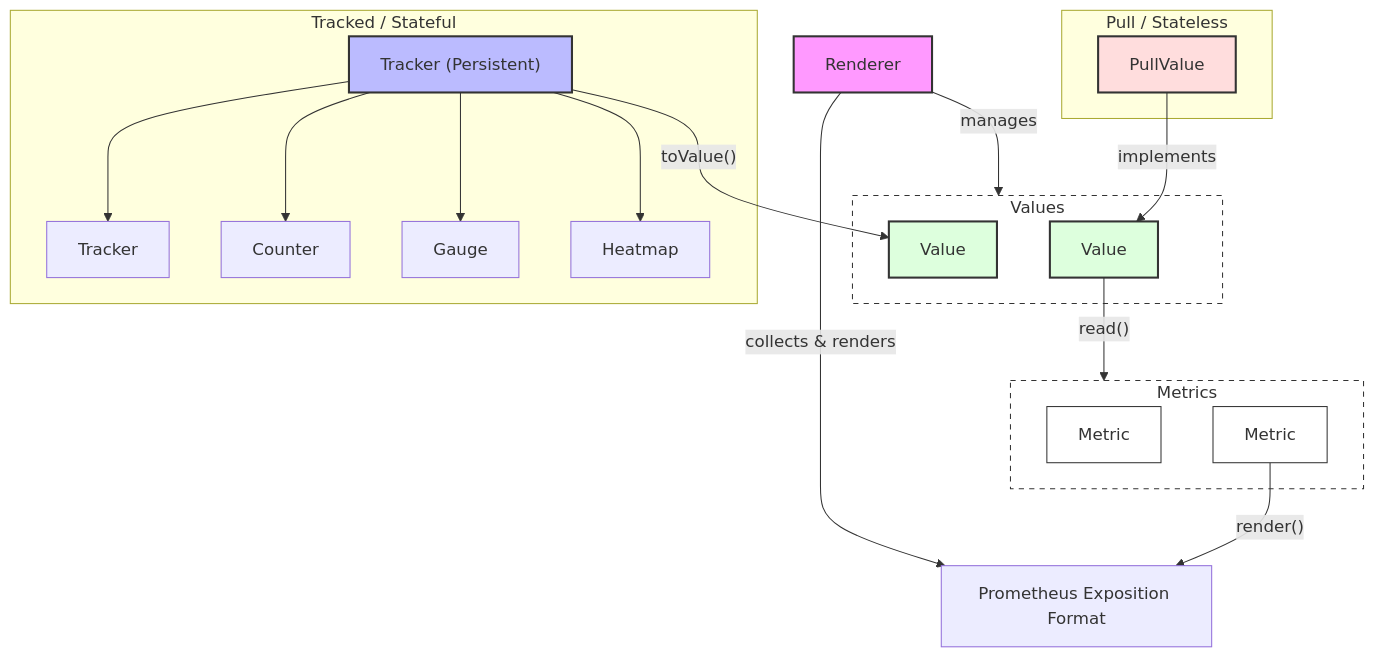
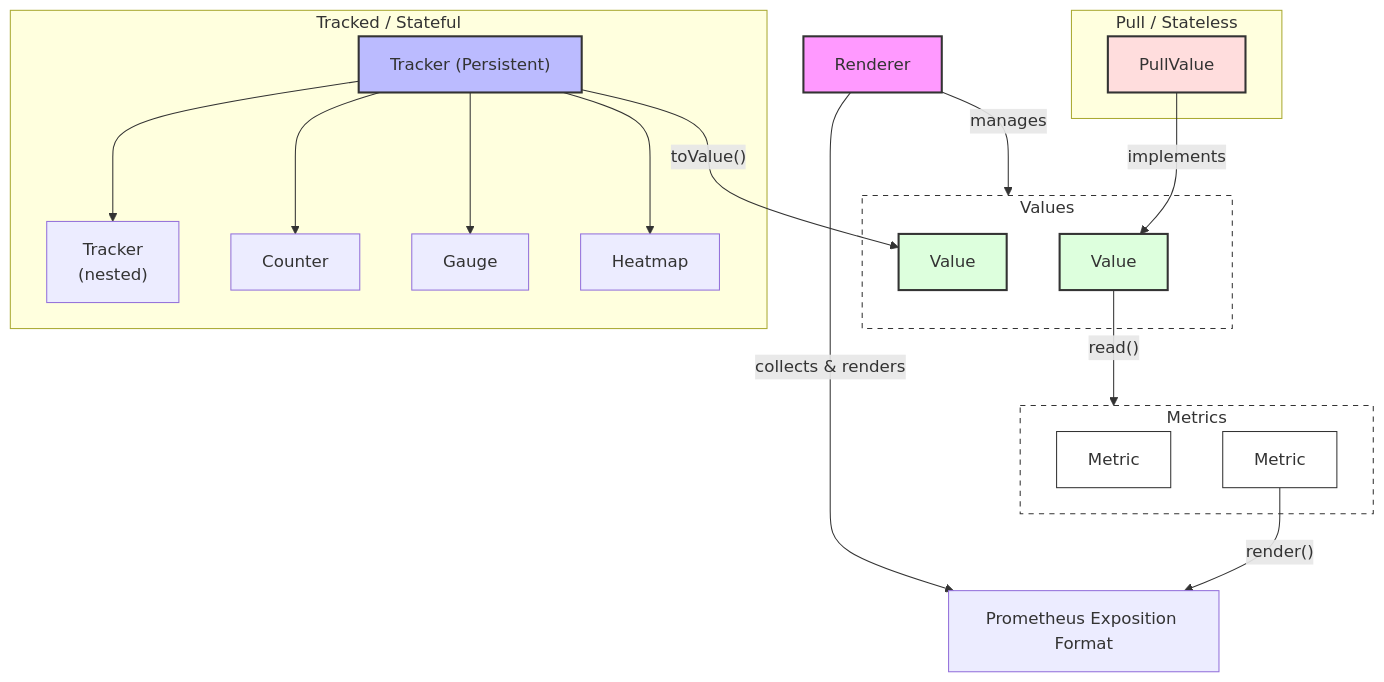
The diagram in README.md (research-ag/promtracker), drawn with Mermaid before and after one commit. The commit also changed other lines of this file and 1 other file, not shown here.

````diff
--- a/README.md
+++ b/README.md
@@ -15,49 +15,49 @@
 ```mermaid
 graph TD
 
     subgraph Tracked [Tracked / Stateful]
         Tracker["Tracker (Persistent)"]
-        T["Tracker"]
+        T["Tracker\n(nested)"]
         Counter["Counter"]
         Gauge["Gauge"]
         Heatmap["Heatmap"]
 
         Tracker --> T
         Tracker --> Counter
         Tracker --> Gauge
         Tracker --> Heatmap
     end
 
     subgraph Pull [Pull / Stateless]
         PullValue["PullValue"]
     end
 
     subgraph Values [Values]
         V1["Value"]
         V2["Value"]
     end
 
     Tracker -- "toValue()" --> V2
     PullValue -- "implements" --> V1
 
     subgraph Metrics [Metrics]
         M1["Metric"]
         M2["Metric"]
     end
 
     V1 -- "read()" --> Metrics
 
     Renderer -- "manages" --> Values
     Renderer -- "collects & renders" --> Output
     M2 -- "render()" --> Output["Prometheus Exposition Format"]
 
     style Renderer fill:#f9f,stroke:#333,stroke-width:2px
     style Tracker fill:#bbf,stroke:#333,stroke-width:2px
     style V1 fill:#dfd,stroke:#333,stroke-width:2px
     style V2 fill:#dfd,stroke:#333,stroke-width:2px
     style M1 fill:#fff,stroke:#333,stroke-width:1px
     style M2 fill:#fff,stroke:#333,stroke-width:1px
     style PullValue fill:#fdd,stroke:#333,stroke-width:2px
     style Metrics fill:none,stroke:#333,stroke-dasharray: 5 5
     style Values fill:none,stroke:#333,stroke-dasharray: 5 5
 ```
````
